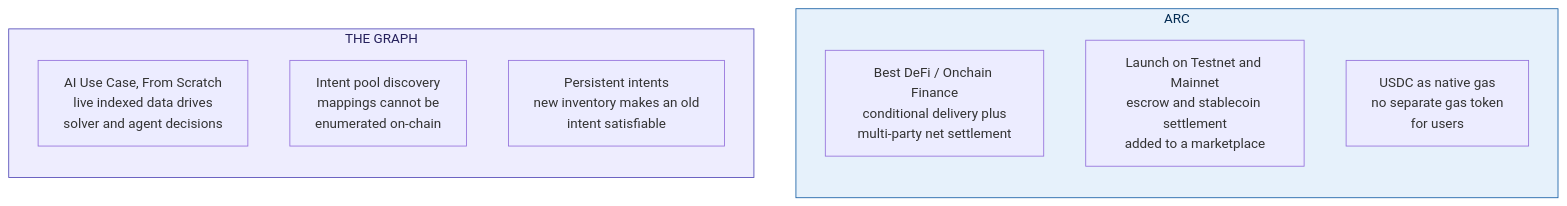
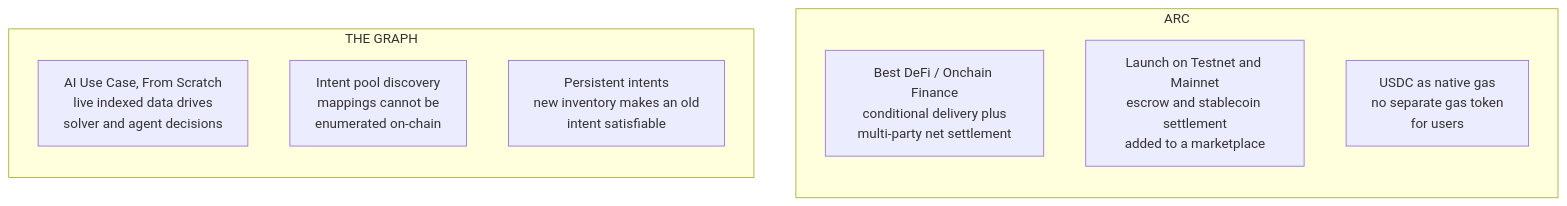
The seventh of 26 diagrams in README.md (angelphoon7/online2026), drawn with Mermaid before and after one commit. The commit also changed other lines of this file, not shown here.

````diff
--- a/README.md
+++ b/README.md
@@ -209,19 +176,16 @@
 ```mermaid
 flowchart TB
     subgraph ARC["ARC"]
         direction TB
         A1["Best DeFi / Onchain Finance<br/>conditional delivery plus<br/>multi-party net settlement"]
         A2["Launch on Testnet and Mainnet<br/>escrow and stablecoin settlement<br/>added to a marketplace"]
         A3["USDC as native gas<br/>no separate gas token<br/>for users"]
     end
 
     subgraph GRAPH["THE GRAPH"]
         direction TB
         G1["AI Use Case, From Scratch<br/>live indexed data drives<br/>solver and agent decisions"]
         G2["Intent pool discovery<br/>mappings cannot be<br/>enumerated on-chain"]
         G3["Persistent intents<br/>new inventory makes an old<br/>intent satisfiable"]
     end
-
-    style ARC fill:#E6F1FB,stroke:#185FA5,color:#042C53
-    style GRAPH fill:#EEEDFE,stroke:#534AB7,color:#26215C
 ```
````
